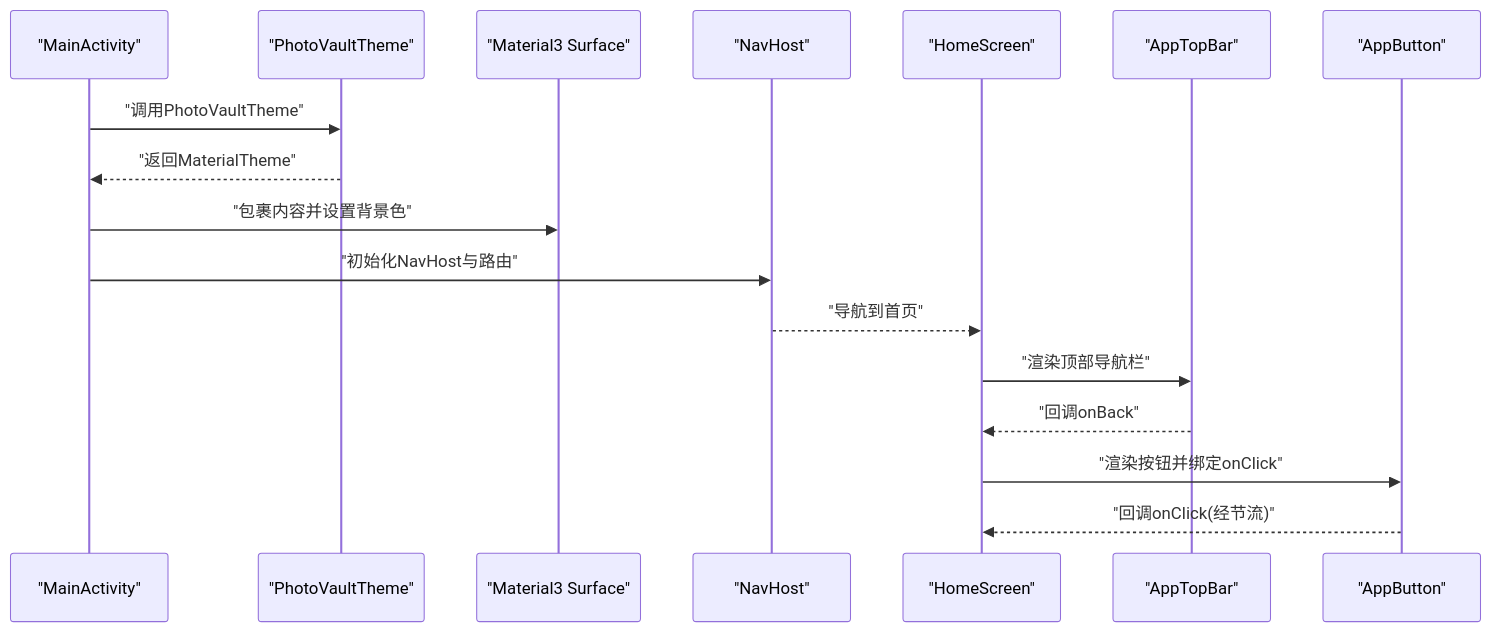
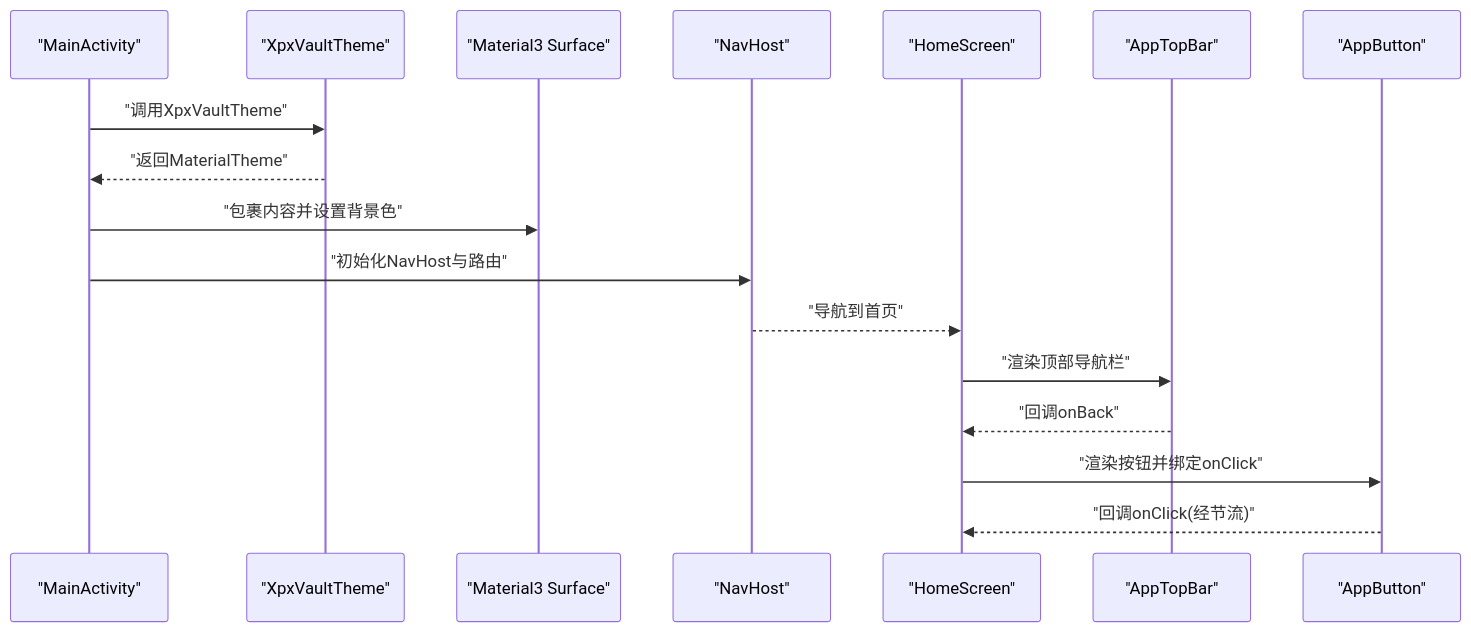
One commit to wanhongbo/ai-photo-vault changed the second of 10 diagrams in .qoder/repowiki/zh/content/UI组件系统/UI组件系统.md. Above: the diagram before and after it, drawn with Mermaid. The commit also changed other lines of this file and 9 other files, not shown here.

````diff
--- a/.qoder/repowiki/zh/content/UI组件系统/UI组件系统.md
+++ b/.qoder/repowiki/zh/content/UI组件系统/UI组件系统.md
@@ -147,19 +141,19 @@
 ```mermaid
 sequenceDiagram
 participant Act as "MainActivity"
-participant Theme as "PhotoVaultTheme"
+participant Theme as "XpxVaultTheme"
 participant Surface as "Material3 Surface"
 participant Nav as "NavHost"
 participant Home as "HomeScreen"
 participant TopBar as "AppTopBar"
 participant Btn as "AppButton"
-Act->>Theme : "调用PhotoVaultTheme"
+Act->>Theme : "调用XpxVaultTheme"
 Theme-->>Act : "返回MaterialTheme"
 Act->>Surface : "包裹内容并设置背景色"
 Act->>Nav : "初始化NavHost与路由"
 Nav-->>Home : "导航到首页"
 Home->>TopBar : "渲染顶部导航栏"
 TopBar-->>Home : "回调onBack"
 Home->>Btn : "渲染按钮并绑定onClick"
 Btn-->>Home : "回调onClick(经节流)"
 ```
````
